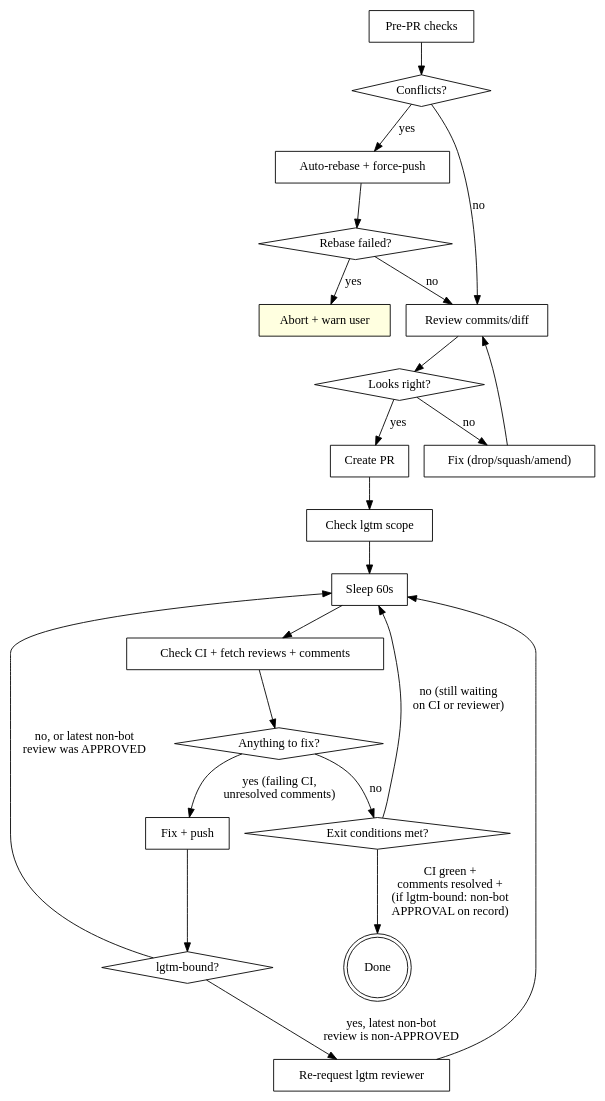
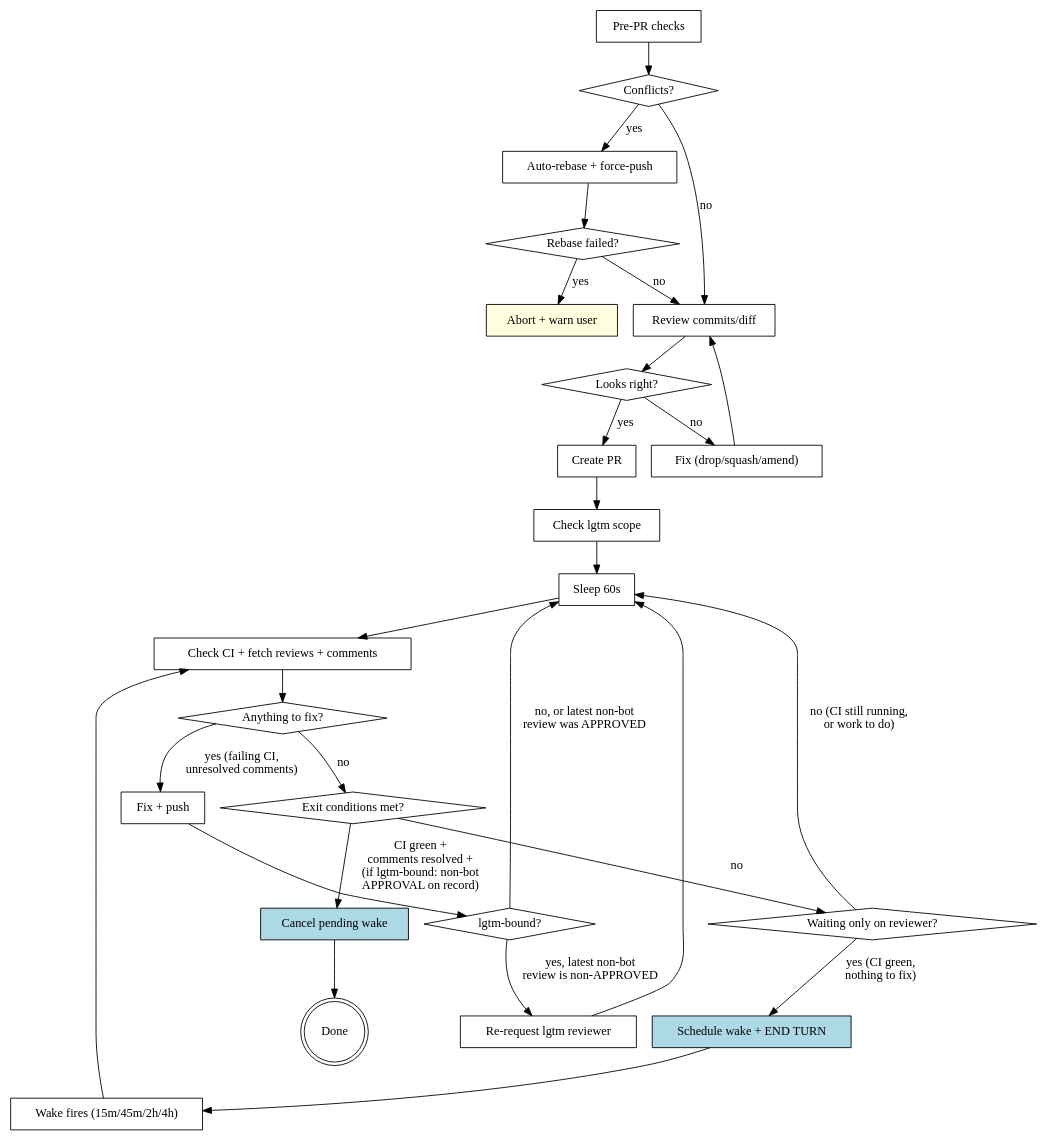
The diagram in assets/opencode/skills/shepherding-pull-requests/SKILL.md (johnnymo87/workstation), drawn with Graphviz before and after one commit. The commit also changed other lines of this file, not shown here.

````diff
--- a/assets/opencode/skills/shepherding-pull-requests/SKILL.md
+++ b/assets/opencode/skills/shepherding-pull-requests/SKILL.md
@@ -25,46 +25,55 @@
 ```dot
 digraph pr_lifecycle {
     rankdir=TB;
     "Pre-PR checks" [shape=box];
     "Conflicts?" [shape=diamond];
     "Auto-rebase + force-push" [shape=box];
     "Rebase failed?" [shape=diamond];
     "Abort + warn user" [shape=box, style=filled, fillcolor=lightyellow];
     "Review commits/diff" [shape=box];
     "Looks right?" [shape=diamond];
     "Fix (drop/squash/amend)" [shape=box];
     "Create PR" [shape=box];
     "Check lgtm scope" [shape=box];
     "Sleep 60s" [shape=box];
     "Check CI + fetch reviews + comments" [shape=box];
     "Anything to fix?" [shape=diamond];
     "Fix + push" [shape=box];
     "lgtm-bound?" [shape=diamond];
     "Re-request lgtm reviewer" [shape=box];
     "Exit conditions met?" [shape=diamond];
+    "Waiting only on reviewer?" [shape=diamond];
+    "Schedule wake + END TURN" [shape=box, style=filled, fillcolor=lightblue];
+    "Wake fires (15m/45m/2h/4h)" [shape=box];
+    "Cancel pending wake" [shape=box, style=filled, fillcolor=lightblue];
     "Done" [shape=doublecircle];
 
     "Pre-PR checks" -> "Conflicts?";
     "Conflicts?" -> "Review commits/diff" [label="no"];
     "Conflicts?" -> "Auto-rebase + force-push" [label="yes"];
     "Auto-rebase + force-push" -> "Rebase failed?";
     "Rebase failed?" -> "Review commits/diff" [label="no"];
     "Rebase failed?" -> "Abort + warn user" [label="yes"];
     "Review commits/diff" -> "Looks right?";
     "Looks right?" -> "Create PR" [label="yes"];
     "Looks right?" -> "Fix (drop/squash/amend)" [label="no"];
     "Fix (drop/squash/amend)" -> "Review commits/diff";
     "Create PR" -> "Check lgtm scope";
     "Check lgtm scope" -> "Sleep 60s";
     "Sleep 60s" -> "Check CI + fetch reviews + comments";
     "Check CI + fetch reviews + comments" -> "Anything to fix?";
     "Anything to fix?" -> "Fix + push" [label="yes (failing CI,\nunresolved comments)"];
     "Anything to fix?" -> "Exit conditions met?" [label="no"];
     "Fix + push" -> "lgtm-bound?";
     "lgtm-bound?" -> "Re-request lgtm reviewer" [label="yes, latest non-bot\nreview is non-APPROVED"];
     "lgtm-bound?" -> "Sleep 60s" [label="no, or latest non-bot\nreview was APPROVED"];
     "Re-request lgtm reviewer" -> "Sleep 60s";
-    "Exit conditions met?" -> "Done" [label="CI green +\ncomments resolved +\n(if lgtm-bound: non-bot\nAPPROVAL on record)"];
-    "Exit conditions met?" -> "Sleep 60s" [label="no (still waiting\non CI or reviewer)"];
+    "Exit conditions met?" -> "Cancel pending wake" [label="CI green +\ncomments resolved +\n(if lgtm-bound: non-bot\nAPPROVAL on record)"];
+    "Cancel pending wake" -> "Done";
+    "Exit conditions met?" -> "Waiting only on reviewer?" [label="no"];
+    "Waiting only on reviewer?" -> "Sleep 60s" [label="no (CI still running,\nor work to do)"];
+    "Waiting only on reviewer?" -> "Schedule wake + END TURN" [label="yes (CI green,\nnothing to fix)"];
+    "Schedule wake + END TURN" -> "Wake fires (15m/45m/2h/4h)";
+    "Wake fires (15m/45m/2h/4h)" -> "Check CI + fetch reviews + comments";
 }
 ```
````
